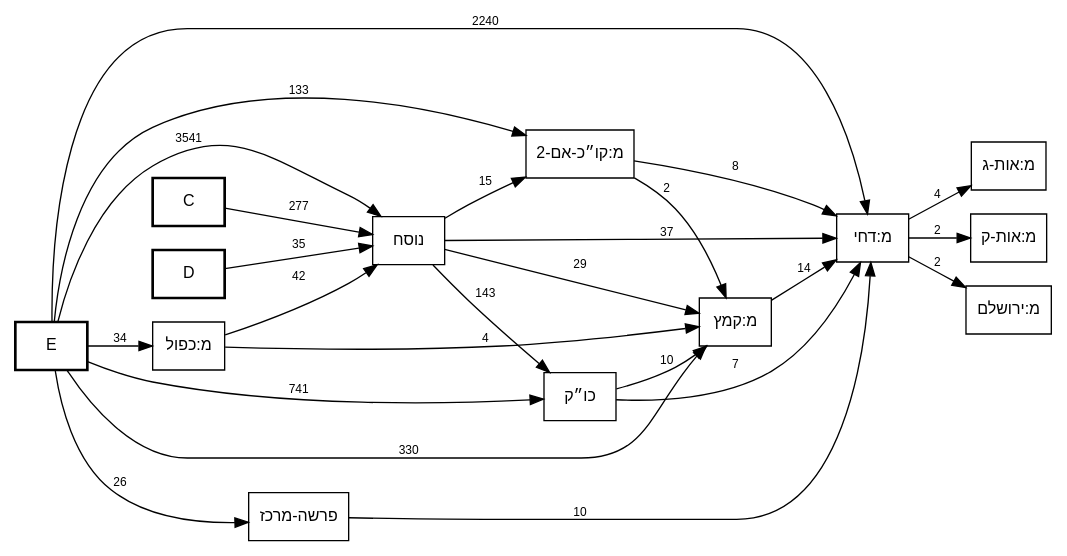
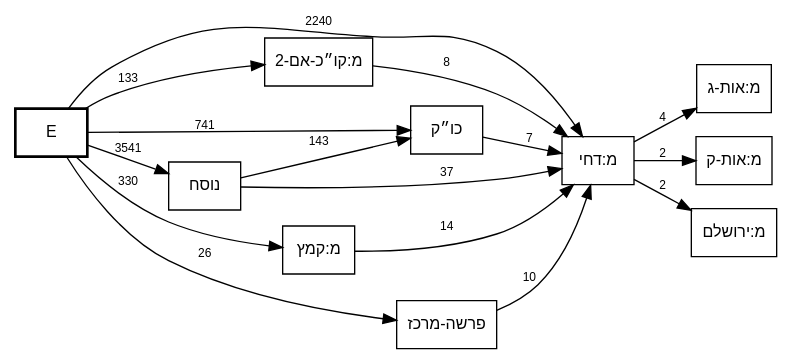
One commit to bdenckla/MAM-basics changed the diagram in out/MAM-tmpl-survey/plain-dchi-call-graph.dot. Above: the diagram before and after it, drawn with Graphviz. The commit also changed 7 other files, not shown here.

First line of the commit message:
Tighten focused template call graphs to target-anchored stack context

```diff
--- a/out/MAM-tmpl-survey/plain-dchi-call-graph.dot
+++ b/out/MAM-tmpl-survey/plain-dchi-call-graph.dot
@@ -1,43 +1,32 @@
 // This file was generated by MAM-basics/py/main_tmpl_survey.py.
 // Do not edit by hand.
 digraph template_call_graph {
     rankdir=LR;
     node [fontname="SBL Hebrew,Helvetica", fontsize=12];
     edge [fontname="Helvetica", fontsize=9];
     graph [comment="This file was generated by MAM-basics/py/main_tmpl_survey.py."];
 
     // Column nodes
     node [shape=box, style=bold];
-    "C";
-    "D";
     "E";
 
     // Template nodes
     node [shape=box, style=""];
 
     // Edges
-    "C" -> "נוסח" [label="277"];
-    "D" -> "נוסח" [label="35"];
     "E" -> "כו״ק" [label="741"];
     "E" -> "מ:דחי" [label="2240"];
-    "E" -> "מ:כפול" [label="34"];
     "E" -> "מ:קו״כ-אם-2" [label="133"];
     "E" -> "מ:קמץ" [label="330"];
     "E" -> "נוסח" [label="3541"];
     "E" -> "פרשה-מרכז" [label="26"];
     "כו״ק" -> "מ:דחי" [label="7"];
-    "כו״ק" -> "מ:קמץ" [label="10"];
     "מ:דחי" -> "מ:אות-ג" [label="4"];
     "מ:דחי" -> "מ:אות-ק" [label="2"];
     "מ:דחי" -> "מ:ירושלם" [label="2"];
-    "מ:כפול" -> "מ:קמץ" [label="4"];
-    "מ:כפול" -> "נוסח" [label="42"];
     "מ:קו״כ-אם-2" -> "מ:דחי" [label="8"];
-    "מ:קו״כ-אם-2" -> "מ:קמץ" [label="2"];
     "מ:קמץ" -> "מ:דחי" [label="14"];
     "נוסח" -> "כו״ק" [label="143"];
     "נוסח" -> "מ:דחי" [label="37"];
-    "נוסח" -> "מ:קו״כ-אם-2" [label="15"];
-    "נוסח" -> "מ:קמץ" [label="29"];
     "פרשה-מרכז" -> "מ:דחי" [label="10"];
 }
```
